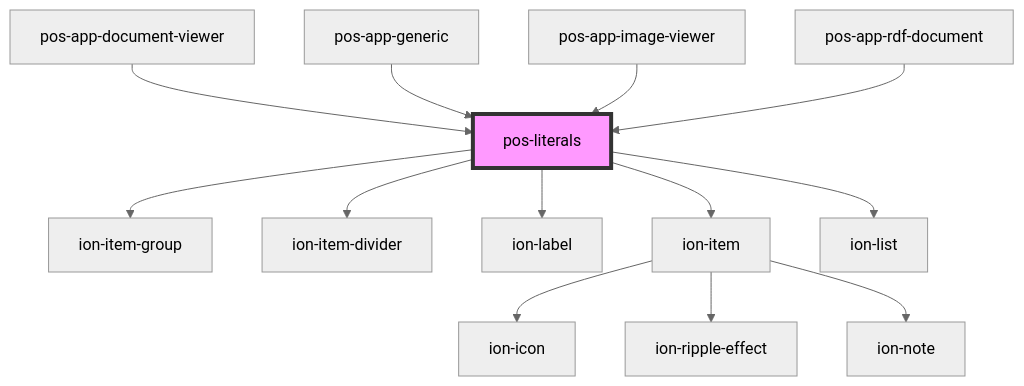
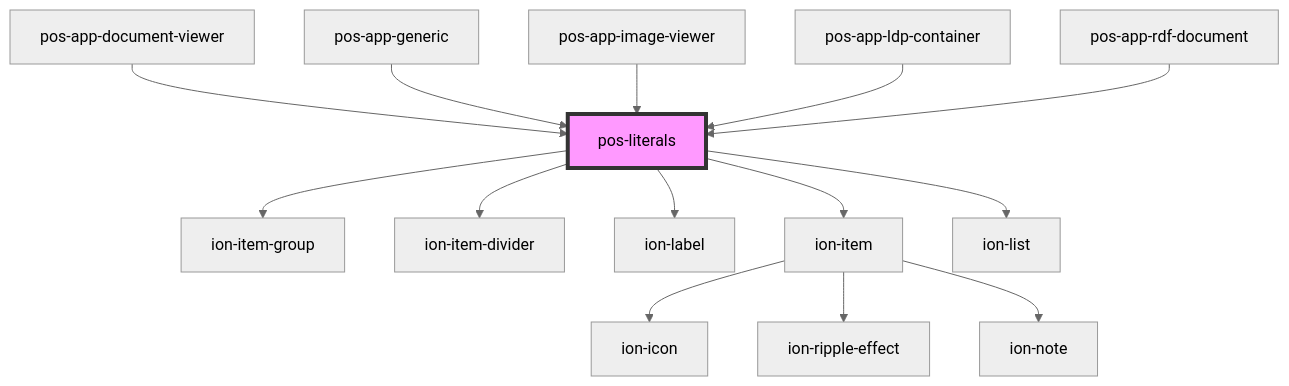
Before and after one commit to pod-os/PodOS: the diagram in docs/elements/components/pos-literals/readme.md, drawn with Mermaid (neutral theme). The commit also changed other lines of this file and 8 other files, not shown here.

````diff
--- a/docs/elements/components/pos-literals/readme.md
+++ b/docs/elements/components/pos-literals/readme.md
@@ -33,16 +34,17 @@
 ```mermaid
 graph TD;
   pos-literals --> ion-item-group
   pos-literals --> ion-item-divider
   pos-literals --> ion-label
   pos-literals --> ion-item
   pos-literals --> ion-list
   ion-item --> ion-icon
   ion-item --> ion-ripple-effect
   ion-item --> ion-note
   pos-app-document-viewer --> pos-literals
   pos-app-generic --> pos-literals
   pos-app-image-viewer --> pos-literals
+  pos-app-ldp-container --> pos-literals
   pos-app-rdf-document --> pos-literals
   style pos-literals fill:#f9f,stroke:#333,stroke-width:4px
 ```
````
